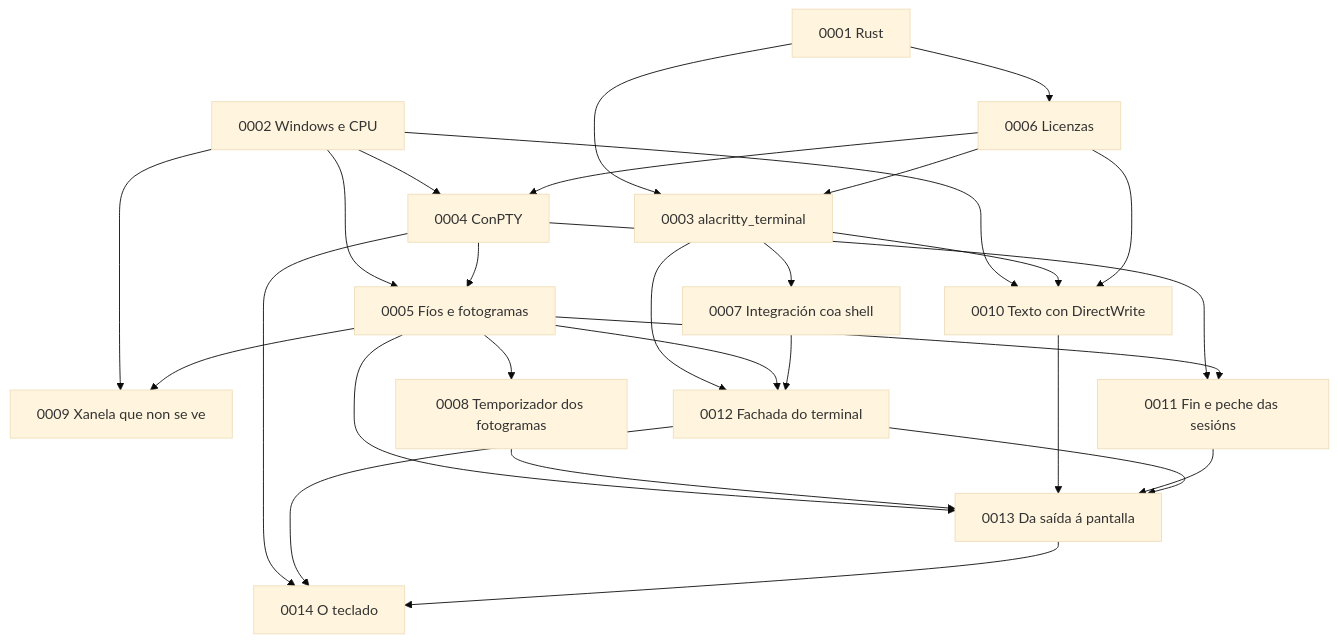
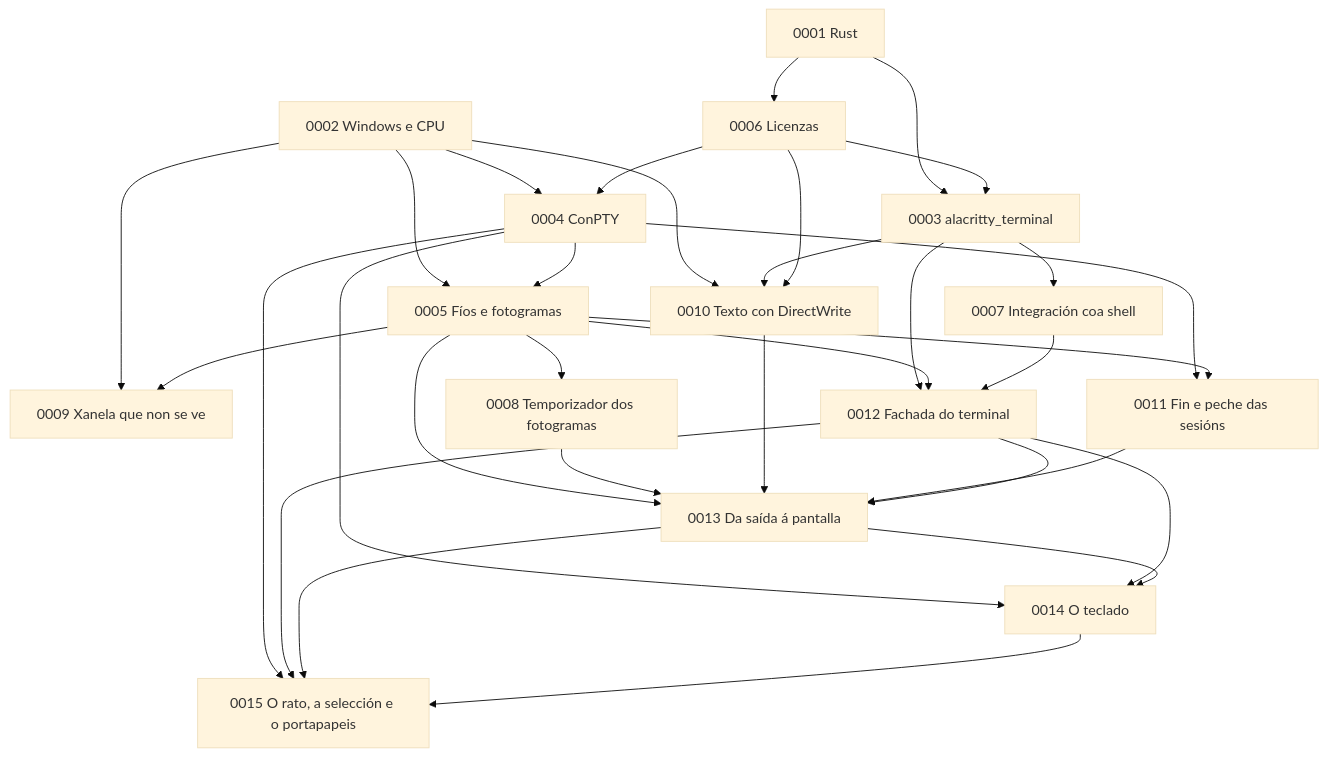
The diagram in docs/adr/README.md (NewHouses/meiga), drawn with Mermaid (base theme) before and after one commit. The commit also changed other lines of this file and 36 other files, not shown here.

````diff
--- a/docs/adr/README.md
+++ b/docs/adr/README.md
@@ -35,30 +36,34 @@
 ```mermaid
 graph TD
     A1["0001 Rust"] --> A3["0003 alacritty_terminal"]
     A1 --> A6["0006 Licenzas"]
     A2["0002 Windows e CPU"] --> A4["0004 ConPTY"]
     A2 --> A5["0005 Fíos e fotogramas"]
     A2 --> A9["0009 Xanela que non se ve"]
     A2 --> A10["0010 Texto con DirectWrite"]
     A3 --> A7["0007 Integración coa shell"]
     A3 --> A10
     A3 --> A12["0012 Fachada do terminal"]
     A4 --> A5
     A4 --> A11["0011 Fin e peche das sesións"]
     A5 --> A8["0008 Temporizador dos fotogramas"]
     A5 --> A9
     A5 --> A11
     A5 --> A12
     A6 --> A3
     A6 --> A4
     A6 --> A10
     A7 --> A12
     A5 --> A13["0013 Da saída á pantalla"]
     A8 --> A13
     A10 --> A13
     A11 --> A13
     A12 --> A13
     A4 --> A14["0014 O teclado"]
     A12 --> A14
     A13 --> A14
+    A4 --> A15["0015 O rato, a selección e o portapapeis"]
+    A12 --> A15
+    A13 --> A15
+    A14 --> A15
 ```
````
